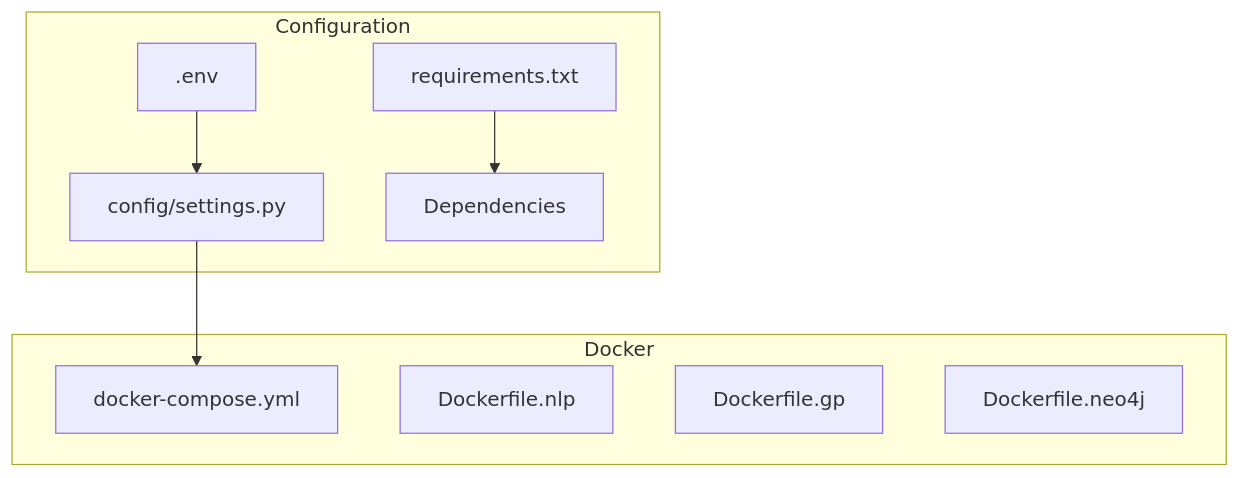
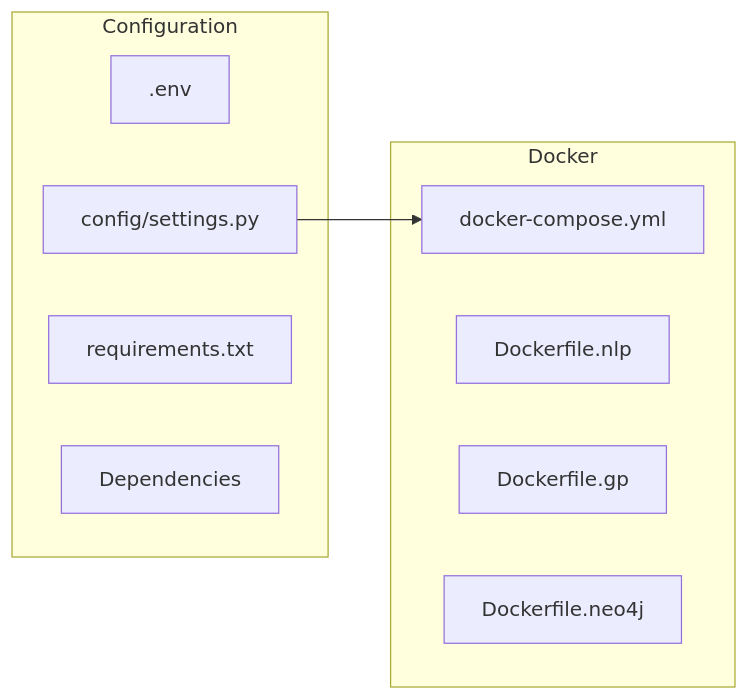
One commit to nshkrdotcom/EADS changed diagram 13 of 13 in README.md. Above: the diagram before and after it, drawn with Mermaid. The commit also changed other lines of this file and 46 other files, not shown here.

````diff
--- a/README.md
+++ b/README.md
@@ -1118,17 +1118,19 @@
 ```mermaid
-graph TD
+graph LR
     subgraph Configuration
-        A[.env] --> B[config/settings.py]
-        C[requirements.txt] --> D[Dependencies]
+        A[.env]
+        B[config/settings.py]
+        C[requirements.txt]
+        D[Dependencies]
     end
 
     subgraph Docker
         E[docker-compose.yml]
         F[Dockerfile.nlp]
         G[Dockerfile.gp]
         H[Dockerfile.neo4j]
     end
 
     B --> E
 
 ```
````
